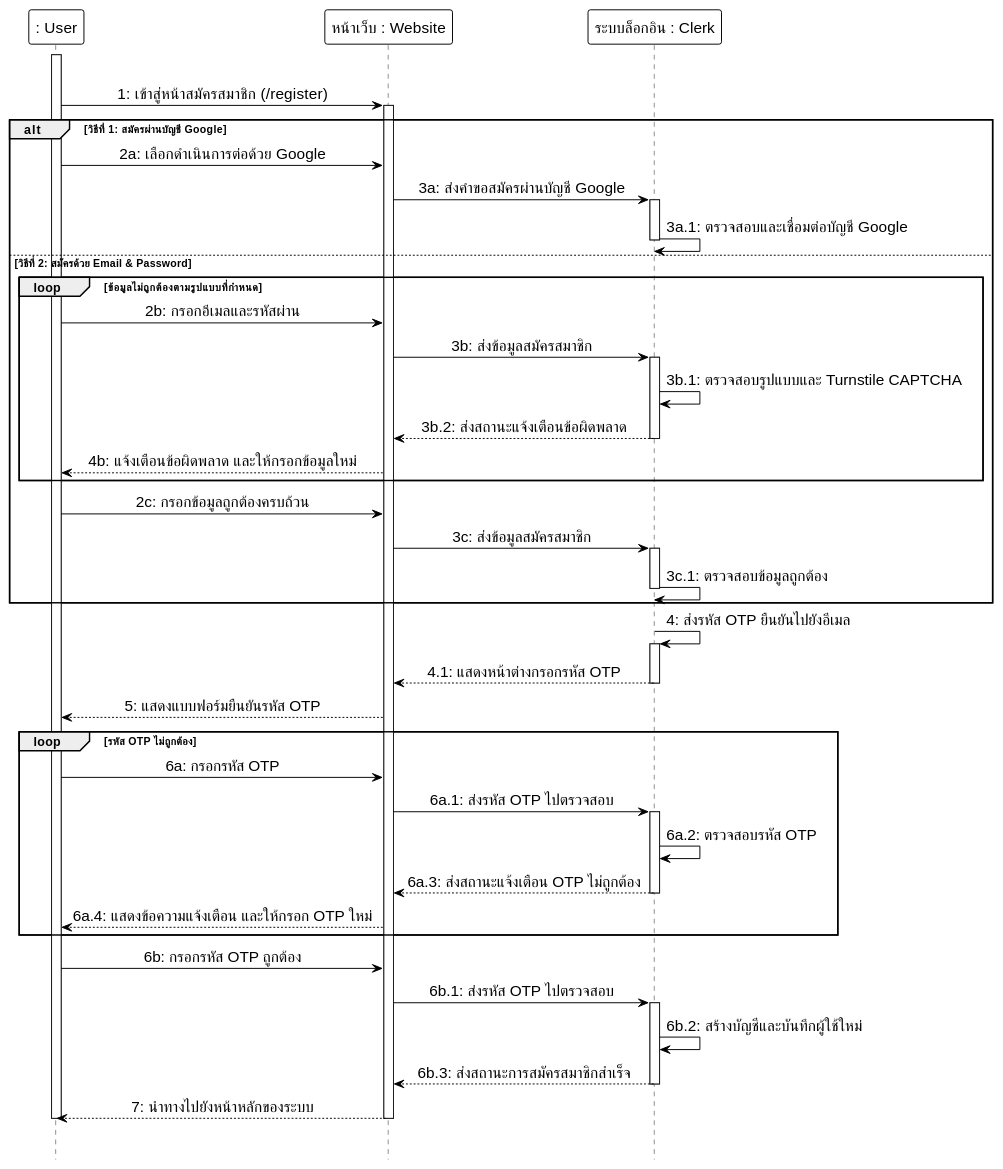
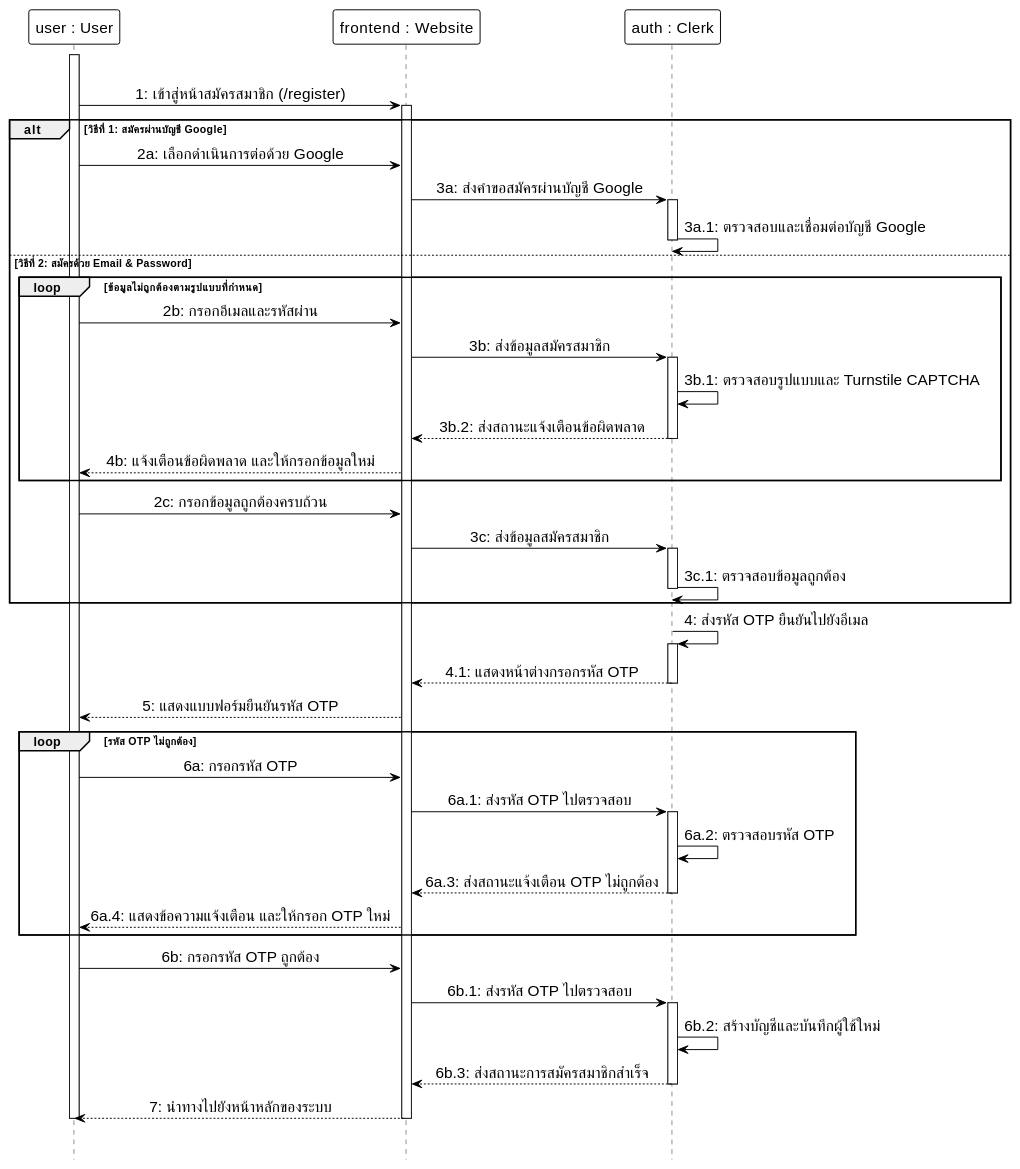
One commit to Anatta-at/my-portfolio-app changed the first of 15 diagrams in docs/diagrams/plantuml_source/plantuml_sequence_diagrams.md. Above: the diagram before and after it, drawn with PlantUML. The commit also changed other lines of this file and 16 other files, not shown here.

Commit message:
docs: Update diagram swimlanes and participants to use instance : Class notation

````diff
--- a/docs/diagrams/plantuml_source/plantuml_sequence_diagrams.md
+++ b/docs/diagrams/plantuml_source/plantuml_sequence_diagrams.md
@@ -9,82 +9,82 @@
 ```plantuml
 @startuml
 hide footbox
 skinparam monochrome true
 skinparam shadowing false
 skinparam backgroundcolor transparent
 skinparam ParticipantMinHeight 60
 skinparam ParticipantMinWidth 160
 skinparam ParticipantBackgroundColor white
 skinparam ParticipantBorderColor black
 skinparam ParticipantBorderThickness 1.0
 skinparam ParticipantFontSize 16
 skinparam LifeLineBackgroundColor white
 skinparam LifeLineBorderColor black
 skinparam LifeLineBorderThickness 1.0
 skinparam ArrowColor black
 skinparam ArrowFontSize 16
 skinparam sequenceMessageAlign center
 
-participant ": User" as User
-participant "หน้าเว็บ : Website" as Frontend
-participant "ระบบล็อกอิน : Clerk" as Clerk
+participant "user : User" as User
+participant "frontend : Website" as Frontend
+participant "auth : Clerk" as Clerk
 
 |||
 activate User
 User -> Frontend: 1: เข้าสู่หน้าสมัครสมาชิก (/register)
 activate Frontend
 
 alt วิธีที่ 1: สมัครผ่านบัญชี Google
     User -> Frontend: 2a: เลือกดำเนินการต่อด้วย Google
     Frontend -> Clerk: 3a: ส่งคำขอสมัครผ่านบัญชี Google
     activate Clerk
     Clerk -> Clerk: 3a.1: ตรวจสอบและเชื่อมต่อบัญชี Google
     deactivate Clerk
 
 else วิธีที่ 2: สมัครด้วย Email & Password
     loop ข้อมูลไม่ถูกต้องตามรูปแบบที่กำหนด
         User -> Frontend: 2b: กรอกอีเมลและรหัสผ่าน
         Frontend -> Clerk: 3b: ส่งข้อมูลสมัครสมาชิก
         activate Clerk
         Clerk -> Clerk: 3b.1: ตรวจสอบรูปแบบและ Turnstile CAPTCHA
         Clerk --> Frontend: 3b.2: ส่งสถานะแจ้งเตือนข้อผิดพลาด
         deactivate Clerk
         Frontend --> User: 4b: แจ้งเตือนข้อผิดพลาด และให้กรอกข้อมูลใหม่
     end
 
     User -> Frontend: 2c: กรอกข้อมูลถูกต้องครบถ้วน
     Frontend -> Clerk: 3c: ส่งข้อมูลสมัครสมาชิก
     activate Clerk
     Clerk -> Clerk: 3c.1: ตรวจสอบข้อมูลถูกต้อง
     deactivate Clerk
 end
 
 Clerk -> Clerk: 4: ส่งรหัส OTP ยืนยันไปยังอีเมล
 activate Clerk
 Clerk --> Frontend: 4.1: แสดงหน้าต่างกรอกรหัส OTP
 deactivate Clerk
 Frontend --> User: 5: แสดงแบบฟอร์มยืนยันรหัส OTP
 
 loop รหัส OTP ไม่ถูกต้อง
     User -> Frontend: 6a: กรอกรหัส OTP
     Frontend -> Clerk: 6a.1: ส่งรหัส OTP ไปตรวจสอบ
     activate Clerk
     Clerk -> Clerk: 6a.2: ตรวจสอบรหัส OTP
     Clerk --> Frontend: 6a.3: ส่งสถานะแจ้งเตือน OTP ไม่ถูกต้อง
     deactivate Clerk
     Frontend --> User: 6a.4: แสดงข้อความแจ้งเตือน และให้กรอก OTP ใหม่
 end
 
 User -> Frontend: 6b: กรอกรหัส OTP ถูกต้อง
 Frontend -> Clerk: 6b.1: ส่งรหัส OTP ไปตรวจสอบ
 activate Clerk
 Clerk -> Clerk: 6b.2: สร้างบัญชีและบันทึกผู้ใช้ใหม่
 Clerk --> Frontend: 6b.3: ส่งสถานะการสมัครสมาชิกสำเร็จ
 deactivate Clerk
 Frontend --> User: 7: นำทางไปยังหน้าหลักของระบบ
 
 deactivate Frontend
 deactivate User
 |||
 @enduml
 ```
````
